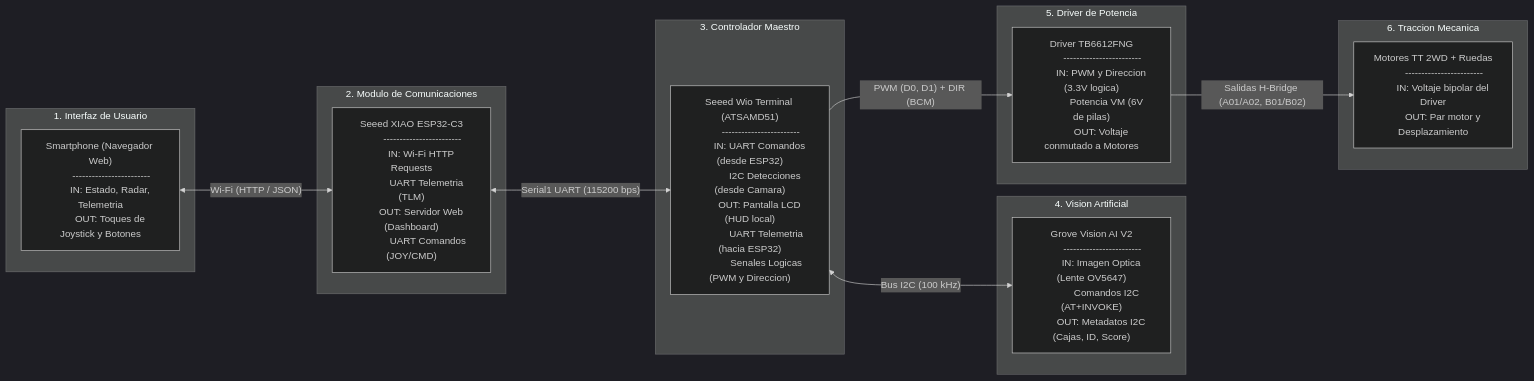
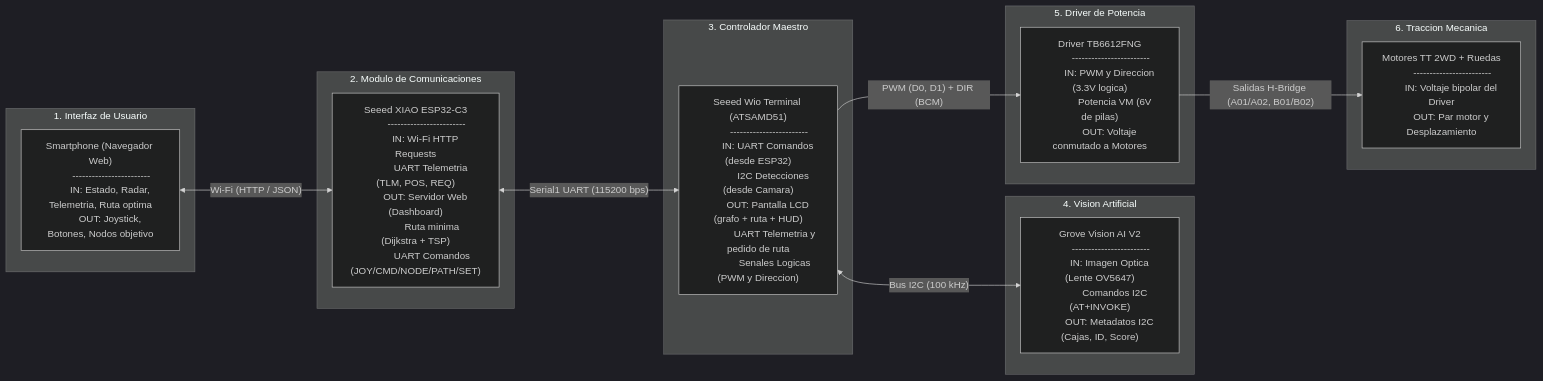
Before and after one commit to ignacioelizeche/Shopenstein_Autonomous_Vehicle: the diagram in BLOCK_DIAGRAM.md, drawn with Mermaid (dark theme). The commit also changed other lines of this file and 14 other files, not shown here.

First line of the commit message:
feat(routing): shortest-path routing (Dijkstra + TSP) on both screens

````diff
--- a/BLOCK_DIAGRAM.md
+++ b/BLOCK_DIAGRAM.md
@@ -11,58 +11,59 @@
 ```mermaid
 flowchart LR
     subgraph UI ["1. Interfaz de Usuario"]
         PHONE["Smartphone (Navegador Web)
         ------------------------
-        IN: Estado, Radar, Telemetria
-        OUT: Toques de Joystick y Botones"]
+        IN: Estado, Radar, Telemetria, Ruta optima
+        OUT: Joystick, Botones, Nodos objetivo"]
     end
 
     subgraph COMM ["2. Modulo de Comunicaciones"]
         ESP["Seeed XIAO ESP32-C3
         ------------------------
         IN: Wi-Fi HTTP Requests
-            UART Telemetria (TLM)
+            UART Telemetria (TLM, POS, REQ)
         OUT: Servidor Web (Dashboard)
-             UART Comandos (JOY/CMD)"]
+             Ruta minima (Dijkstra + TSP)
+             UART Comandos (JOY/CMD/NODE/PATH/SET)"]
     end
 
     subgraph BRAIN ["3. Controlador Maestro"]
         WIO["Seeed Wio Terminal (ATSAMD51)
         ------------------------
         IN: UART Comandos (desde ESP32)
             I2C Detecciones (desde Camara)
-        OUT: Pantalla LCD (HUD local)
-             UART Telemetria (hacia ESP32)
+        OUT: Pantalla LCD (grafo + ruta + HUD)
+             UART Telemetria y pedido de ruta
              Senales Logicas (PWM y Direccion)"]
     end
 
     subgraph SENSOR ["4. Vision Artificial"]
         CAM["Grove Vision AI V2
         ------------------------
         IN: Imagen Optica (Lente OV5647)
             Comandos I2C (AT+INVOKE)
         OUT: Metadatos I2C (Cajas, ID, Score)"]
     end
 
     subgraph POWER_STAGE ["5. Driver de Potencia"]
         DRV["Driver TB6612FNG
         ------------------------
         IN: PWM y Direccion (3.3V logica)
             Potencia VM (6V de pilas)
         OUT: Voltaje conmutado a Motores"]
     end
 
     subgraph ACTUATORS ["6. Traccion Mecanica"]
         MOT["Motores TT 2WD + Ruedas
         ------------------------
         IN: Voltaje bipolar del Driver
         OUT: Par motor y Desplazamiento"]
     end
 
     %% Relaciones de flujo e interconexiones
     PHONE <-->|"Wi-Fi (HTTP / JSON)"| ESP
     ESP <-->|"Serial1 UART (115200 bps)"| WIO
     WIO <-->|"Bus I2C (100 kHz)"| CAM
     WIO -->|"PWM (D0, D1) + DIR (BCM)"| DRV
     DRV -->|"Salidas H-Bridge (A01/A02, B01/B02)"| MOT
 ```
````
